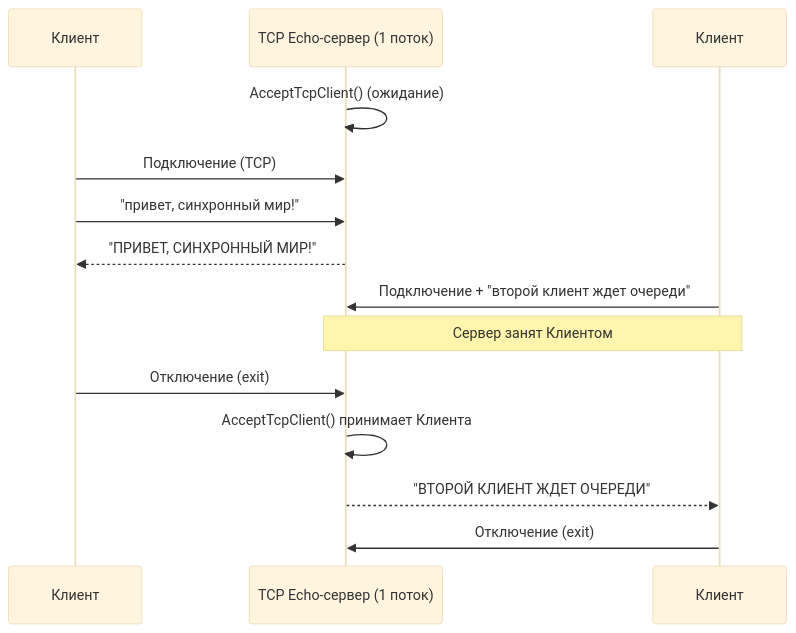
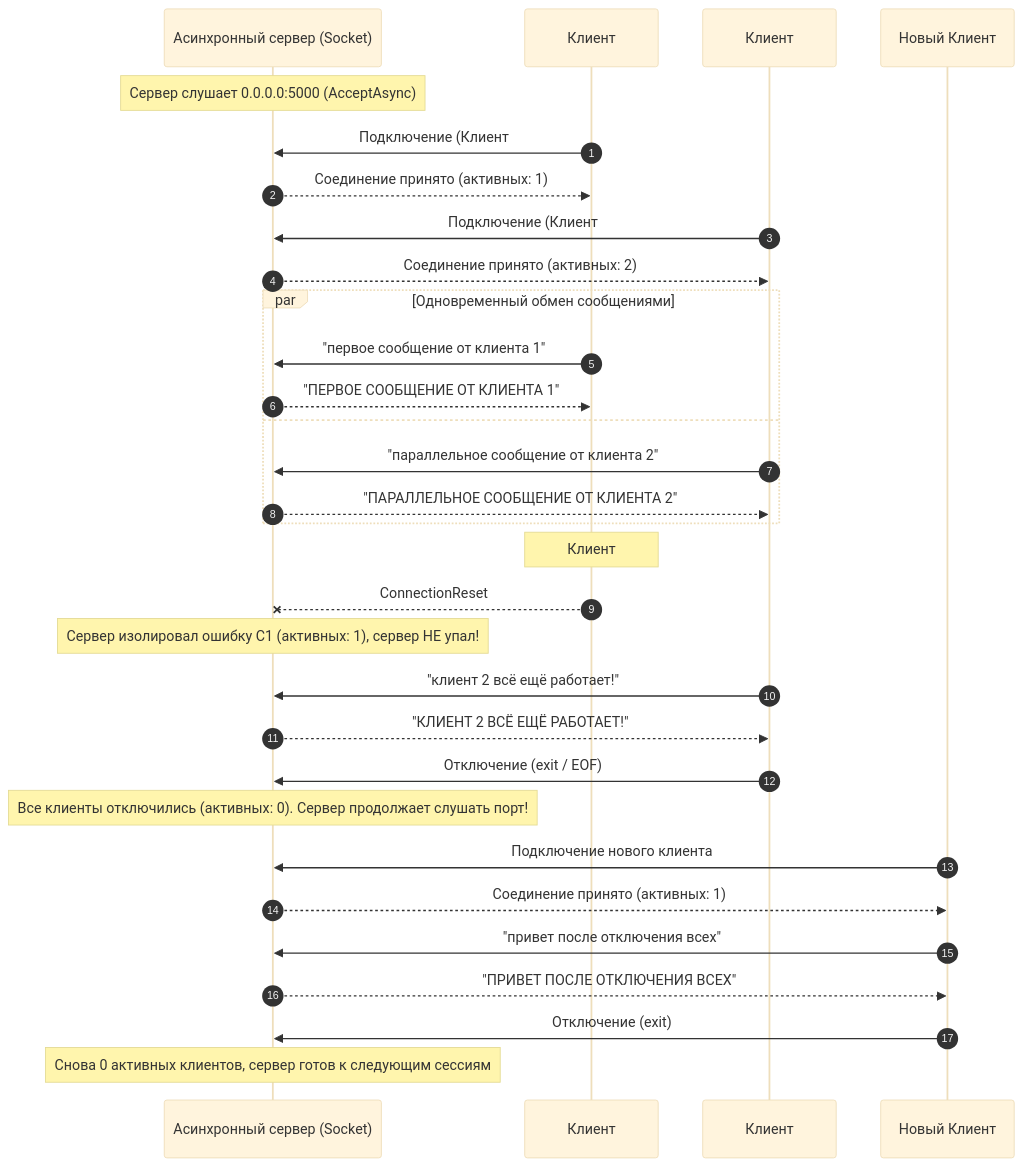
Before and after one commit to Me1l0n/-: the diagram in README.md, drawn with Mermaid (base theme). The commit also changed other lines of this file and 3 other files, not shown here.

Commit message:
Implement asynchronous TCP sockets server: concurrent multi-client, fault-tolerant disconnect, re-accepting new clients

````diff
--- a/README.md
+++ b/README.md
@@ -33,17 +44,39 @@
 ```mermaid
 sequenceDiagram
+    autonumber
+    participant S as Асинхронный сервер (Socket)
     participant C1 as Клиент #1
-    participant S as TCP Echo-сервер (1 поток)
     participant C2 as Клиент #2
+    participant C3 as Новый Клиент #3
 
-    S->>S: AcceptTcpClient() (ожидание)
-    C1->>S: Подключение (TCP)
-    C1->>S: "привет, синхронный мир!"
-    S-->>C1: "ПРИВЕТ, СИНХРОННЫЙ МИР!"
-    C2->>S: Подключение + "второй клиент ждет очереди"
-    Note over S,C2: Сервер занят Клиентом #1 — Клиент #2 ждёт в очереди
-    C1->>S: Отключение (exit)
-    S->>S: AcceptTcpClient() принимает Клиента #2
-    S-->>C2: "ВТОРОЙ КЛИЕНТ ЖДЕТ ОЧЕРЕДИ"
-    C2->>S: Отключение (exit)
+    Note over S: Сервер слушает 0.0.0.0:5000 (AcceptAsync)
+    C1->>S: Подключение (Клиент #1)
+    S-->>C1: Соединение принято (активных: 1)
+    C2->>S: Подключение (Клиент #2)
+    S-->>C2: Соединение принято (активных: 2)
+
+    par Одновременный обмен сообщениями
+        C1->>S: "первое сообщение от клиента 1"
+        S-->>C1: "ПЕРВОЕ СООБЩЕНИЕ ОТ КЛИЕНТА 1"
+    and
+        C2->>S: "параллельное сообщение от клиента 2"
+        S-->>C2: "ПАРАЛЛЕЛЬНОЕ СООБЩЕНИЕ ОТ КЛИЕНТА 2"
+    end
+
+    Note over C1: Клиент #1 аварийно закрывается (Kill / Reset)
+    C1--xS: ConnectionReset
+    Note over S: Сервер изолировал ошибку C1 (активных: 1), сервер НЕ упал!
+
+    C2->>S: "клиент 2 всё ещё работает!"
+    S-->>C2: "КЛИЕНТ 2 ВСЁ ЕЩЁ РАБОТАЕТ!"
+
+    C2->>S: Отключение (exit / EOF)
+    Note over S: Все клиенты отключились (активных: 0). Сервер продолжает слушать порт!
+
+    C3->>S: Подключение нового клиента #3
+    S-->>C3: Соединение принято (активных: 1)
+    C3->>S: "привет после отключения всех"
+    S-->>C3: "ПРИВЕТ ПОСЛЕ ОТКЛЮЧЕНИЯ ВСЕХ"
+    C3->>S: Отключение (exit)
+    Note over S: Снова 0 активных клиентов, сервер готов к следующим сессиям
 ```
````
